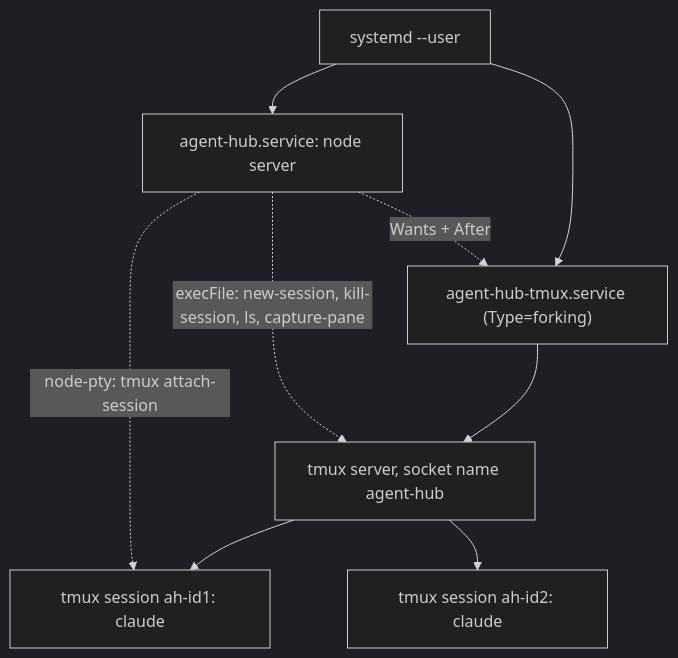
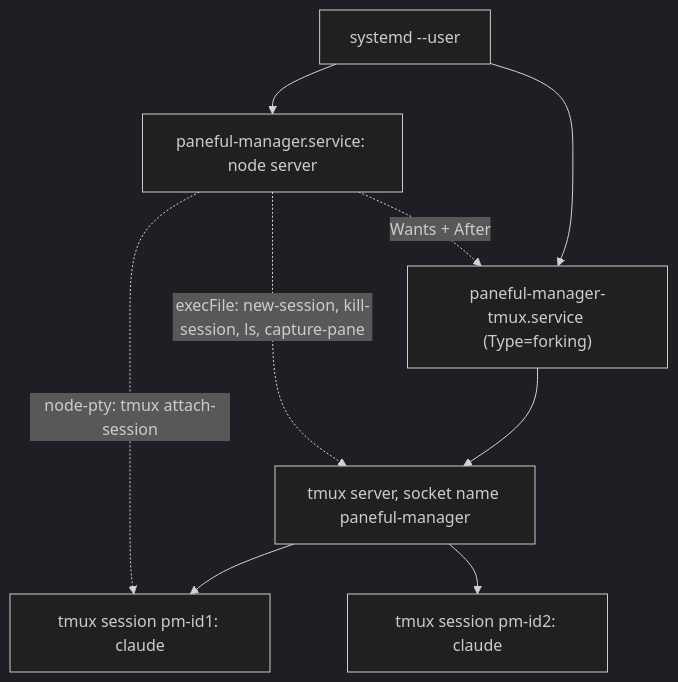
The second of 7 diagrams in docs/architecture.md (Dev-Sebi/Paneful-Manager), drawn with Mermaid (dark theme) before and after one commit. The commit also changed other lines of this file and 42 other files, not shown here.

Commit message:
refactor: renamed agent hub to paneful manager in the docs and examples @1m

````diff
--- a/docs/architecture.md
+++ b/docs/architecture.md
@@ -55,11 +55,11 @@
 ```mermaid
 flowchart TB
-  SD["systemd --user"] --> TU["agent-hub-tmux.service (Type=forking)"]
-  SD --> SVC["agent-hub.service: node server"]
+  SD["systemd --user"] --> TU["paneful-manager-tmux.service (Type=forking)"]
+  SD --> SVC["paneful-manager.service: node server"]
   SVC -.->|"Wants + After"| TU
-  TU --> TS["tmux server, socket name agent-hub"]
-  TS --> S1["tmux session ah-id1: claude"]
-  TS --> S2["tmux session ah-id2: claude"]
+  TU --> TS["tmux server, socket name paneful-manager"]
+  TS --> S1["tmux session pm-id1: claude"]
+  TS --> S2["tmux session pm-id2: claude"]
   SVC -.->|"node-pty: tmux attach-session"| S1
   SVC -.->|"execFile: new-session, kill-session, ls, capture-pane"| TS
 ```
````
